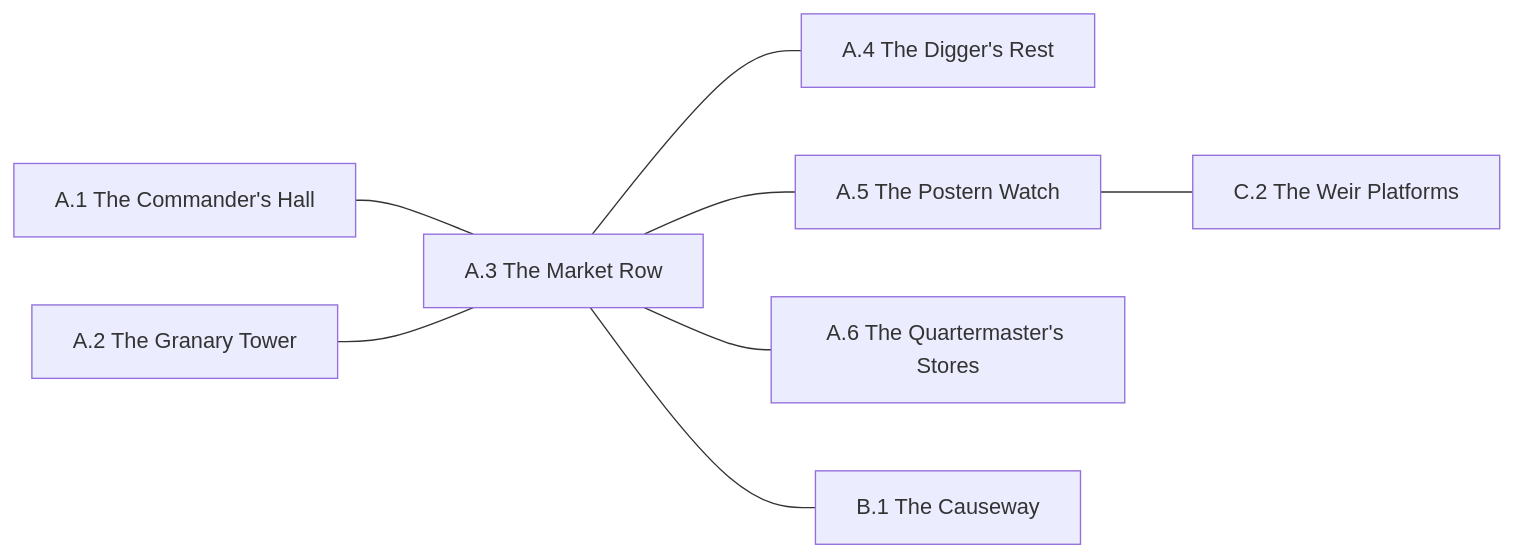
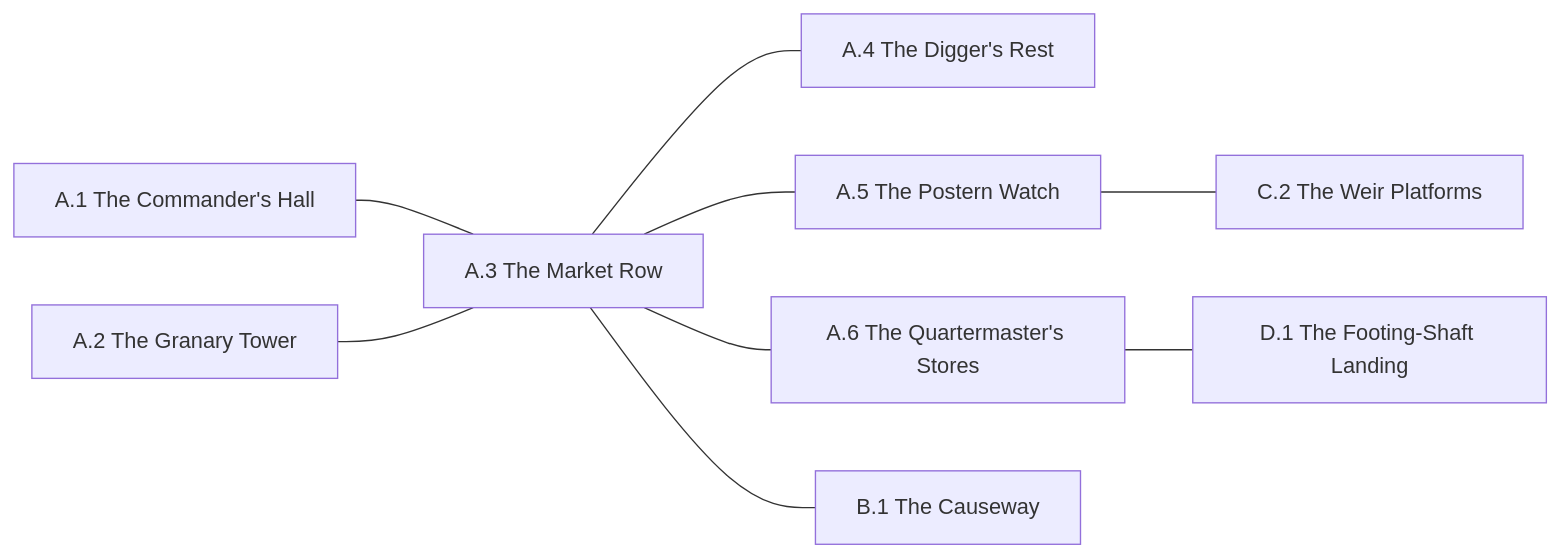
One commit to rstevenson1237/setting_builder changed the diagram in setting/region/A/Connections.mmd. Above: the diagram before and after it, drawn with Mermaid. The commit also changed other lines of this file and 26 other files, not shown here.

````diff
--- a/setting/region/A/Connections.mmd
+++ b/setting/region/A/Connections.mmd
@@ -1,10 +1,11 @@
 ```mermaid
 graph LR
     A1["A.1 The Commander's Hall"] --- A3["A.3 The Market Row"]
     A2["A.2 The Granary Tower"] --- A3
     A3 --- A4["A.4 The Digger's Rest"]
     A3 --- A5["A.5 The Postern Watch"]
     A3 --- A6["A.6 The Quartermaster's Stores"]
     A5["A.5 The Postern Watch"] --- C2["C.2 The Weir Platforms"]
     A3 --- B1["B.1 The Causeway"]
+    A6["A.6 The Quartermaster's Stores"] --- D1["D.1 The Footing-Shaft Landing"]
 ```
````
